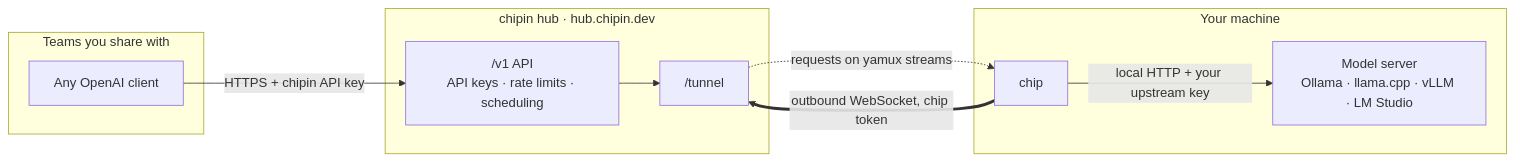
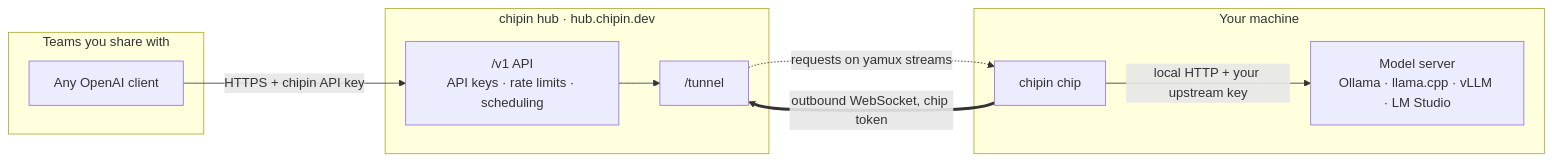
The first of 2 diagrams in README.md (TurboJeff/chip), drawn with Mermaid before and after one commit. The commit also changed other lines of this file and 3 other files, not shown here.

First line of the commit message:
Brand the agent as the chipin chip

````diff
--- a/README.md
+++ b/README.md
@@ -41,22 +41,22 @@
 ```mermaid
 flowchart LR
     subgraph consumers["Teams you share with"]
         app["Any OpenAI client"]
     end
 
     subgraph hub["chipin hub · hub.chipin.dev"]
         api["/v1 API<br/>API keys · rate limits · scheduling"]
         tun["/tunnel"]
     end
 
     subgraph machine["Your machine"]
-        chip["chip"]
+        chip["chipin chip"]
         model["Model server<br/>Ollama · llama.cpp · vLLM · LM Studio"]
     end
 
     app -- "HTTPS + chipin API key" --> api
     api --> tun
     chip == "outbound WebSocket, chip token" ==> tun
     tun -. "requests on yamux streams" .-> chip
     chip -- "local HTTP + your upstream key" --> model
 ```
````
